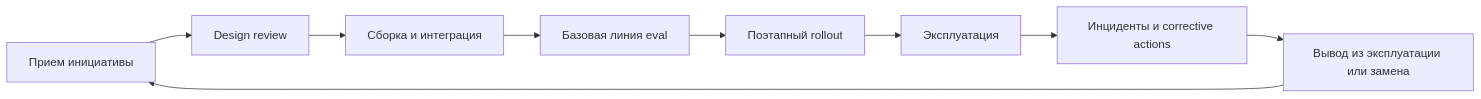
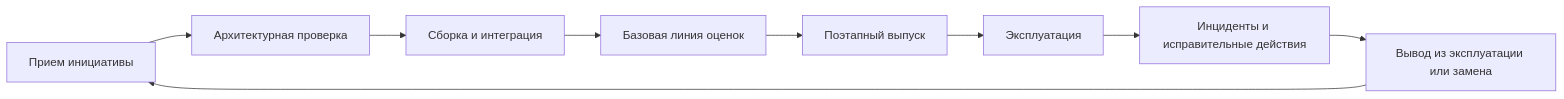
The second of 2 diagrams in docs/book/part-viii/chapter-19.md (agent-axiom/agent-arch), drawn with Mermaid before and after one commit. The commit also changed other lines of this file and 26 other files, not shown here.

````diff
--- a/docs/book/part-viii/chapter-19.md
+++ b/docs/book/part-viii/chapter-19.md
@@ -174,11 +174,11 @@
 ``` mermaid
 flowchart LR
-    A["Прием инициативы"] --> B["Design review"]
+    A["Прием инициативы"] --> B["Архитектурная проверка"]
     B --> C["Сборка и интеграция"]
-    C --> D["Базовая линия eval"]
-    D --> E["Поэтапный rollout"]
+    C --> D["Базовая линия оценок"]
+    D --> E["Поэтапный выпуск"]
     E --> F["Эксплуатация"]
-    F --> G["Инциденты и corrective actions"]
+    F --> G["Инциденты и исправительные действия"]
     G --> H["Вывод из эксплуатации или замена"]
     H --> A
 ```
````
